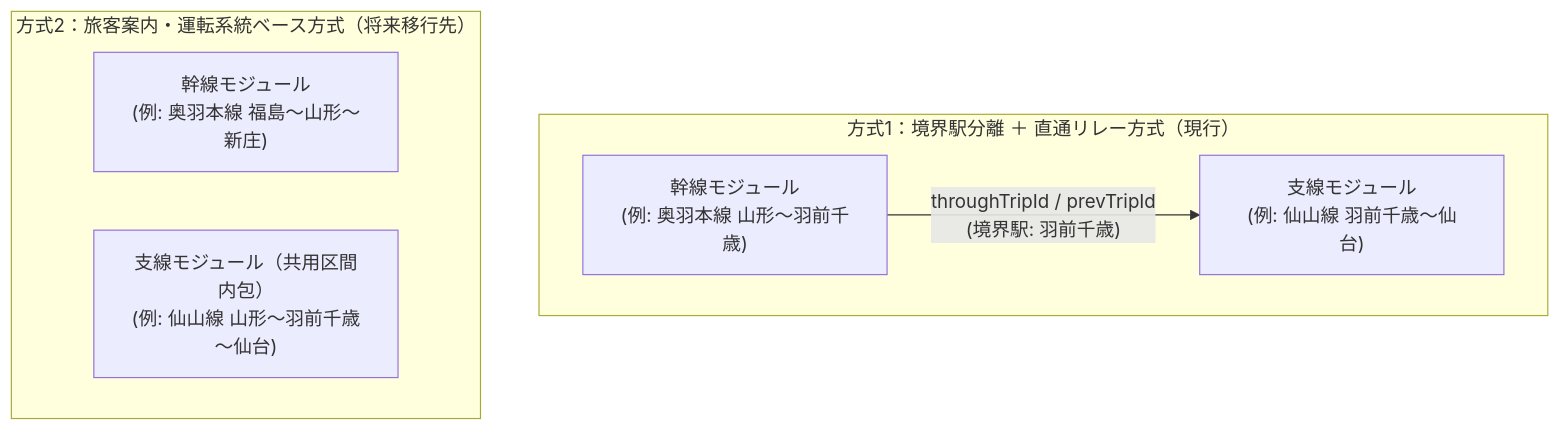
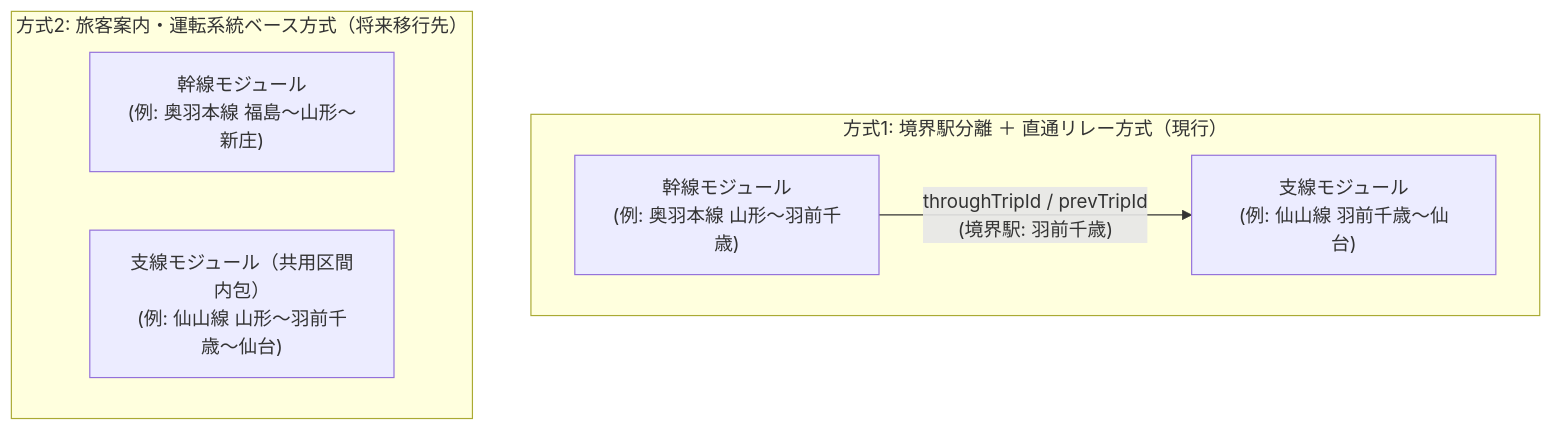
One commit to GenbuHase/Trainfo changed the diagram in docs/SHARED_SECTION_SYSTEM_ROUTING_GUIDE.md. Above: the diagram before and after it, drawn with Mermaid. The commit also changed other lines of this file and 9 other files, not shown here.

````diff
--- a/docs/SHARED_SECTION_SYSTEM_ROUTING_GUIDE.md
+++ b/docs/SHARED_SECTION_SYSTEM_ROUTING_GUIDE.md
@@ -26,13 +21,13 @@
 ```mermaid
 flowchart TB
-    subgraph Mode1["方式1：境界駅分離 ＋ 直通リレー方式（現行）"]
+    subgraph Mode1["方式1: 境界駅分離 ＋ 直通リレー方式（現行）"]
         direction LR
-        M1_Main["幹線モジュール<br/>(例: 奥羽本線 山形～羽前千歳)"] -- "throughTripId / prevTripId<br/>(境界駅: 羽前千歳)" --> M1_Branch["支線モジュール<br/>(例: 仙山線 羽前千歳～仙台)"]
+        M1_Main["幹線モジュール<br/>(例: 奥羽本線 山形〜羽前千歳)"] -- "throughTripId / prevTripId<br/>(境界駅: 羽前千歳)" --> M1_Branch["支線モジュール<br/>(例: 仙山線 羽前千歳〜仙台)"]
     end
 
-    subgraph Mode2["方式2：旅客案内・運転系統ベース方式（将来移行先）"]
+    subgraph Mode2["方式2: 旅客案内・運転系統ベース方式（将来移行先）"]
         direction LR
-        M2_Main["幹線モジュール<br/>(例: 奥羽本線 福島～山形～新庄)"]
-        M2_Branch["支線モジュール（共用区間内包）<br/>(例: 仙山線 山形～羽前千歳～仙台)"]
+        M2_Main["幹線モジュール<br/>(例: 奥羽本線 福島〜山形〜新庄)"]
+        M2_Branch["支線モジュール（共用区間内包）<br/>(例: 仙山線 山形〜羽前千歳〜仙台)"]
     end
 ```
````
